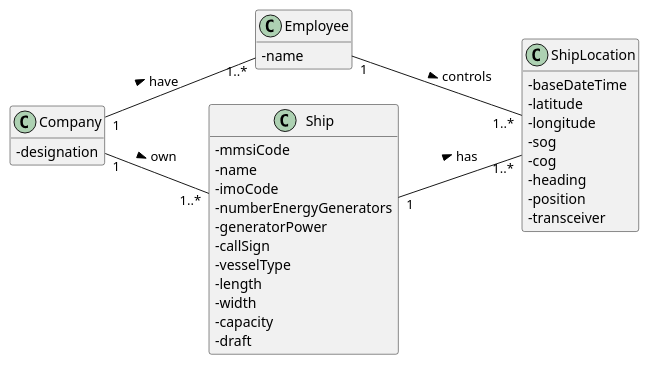
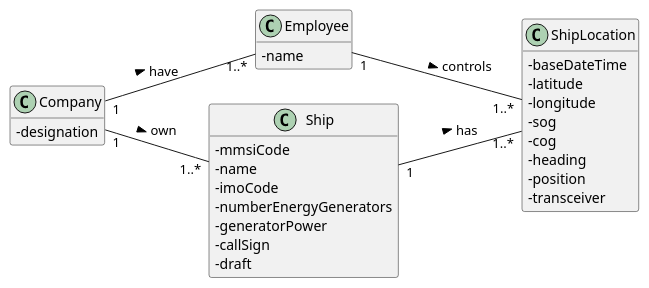
Before and after one commit to 0franciscor/lapr3-2021-g042: the diagram in docs/US103/US103_DM.puml, drawn with PlantUML. The commit also changed 5 other files, not shown here.

```diff
--- a/docs/US103/US103_DM.puml
+++ b/docs/US103/US103_DM.puml
@@ -1,48 +1,44 @@
 @startuml
 'https://plantuml.com/class-diagram
 
 hide methods
 left to right direction
 skinparam classAttributeIconSize 0
 
 class Employee {
 -name
 }
 
 class ShipLocation {
 -baseDateTime
 -latitude
 -longitude
 -sog
 -cog
 -heading
 -position
 -transceiver
 }
 
 class Ship {
 -mmsiCode
 -name
 -imoCode
 -numberEnergyGenerators
 -generatorPower
 -callSign
--vesselType
--length
--width
--capacity
 -draft
 }
 
 class Company {
 -designation
 }
 
 Company "1"--"1..*" Ship: own >
 Company "1"--"1..*" Employee: have >
 
 Ship "1" -- "1..*" ShipLocation : has >
 
 Employee "1" -- "1..*" ShipLocation : controls >
 
 @enduml
```
